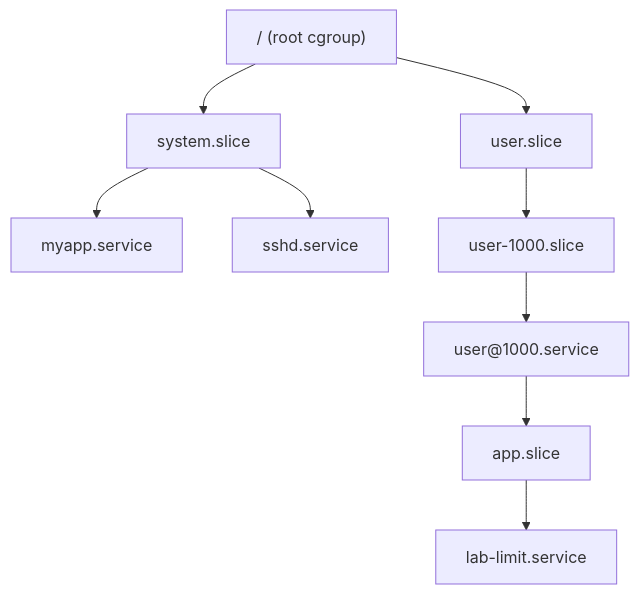
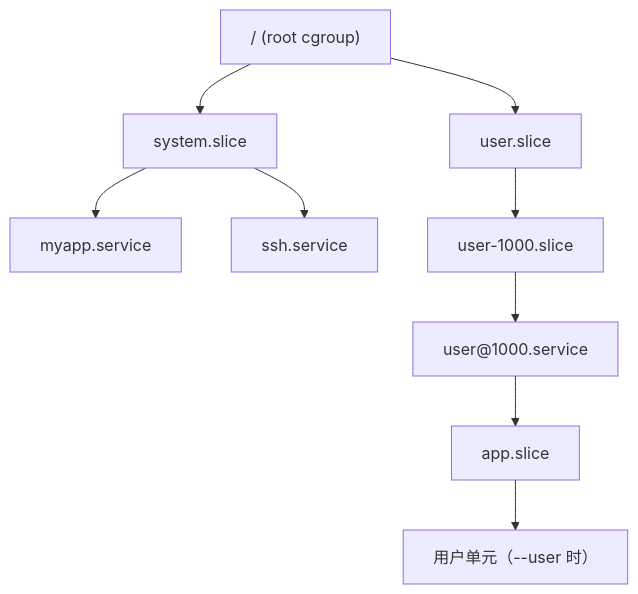
The diagram in Linux/08_systemd与服务管理/07_第4站_约束_cgroup与资源上限.md (realtyz/ops-manual), drawn with Mermaid before and after one commit. The commit also changed other lines of this file and 141 other files, not shown here.

````diff
--- a/Linux/08_systemd与服务管理/07_第4站_约束_cgroup与资源上限.md
+++ b/Linux/08_systemd与服务管理/07_第4站_约束_cgroup与资源上限.md
@@ -52,11 +64,11 @@
 ```mermaid
 flowchart TD
   R["/ (root cgroup)"] --> S["system.slice"]
   R --> U["user.slice"]
   S --> S1["myapp.service"]
-  S --> S2["sshd.service"]
+  S --> S2["ssh.service"]
   U --> U1["user-1000.slice"]
   U1 --> U2["user@1000.service"]
   U2 --> A["app.slice"]
-  A --> L["lab-limit.service"]
+  A --> L["用户单元（--user 时）"]
 ```
````
